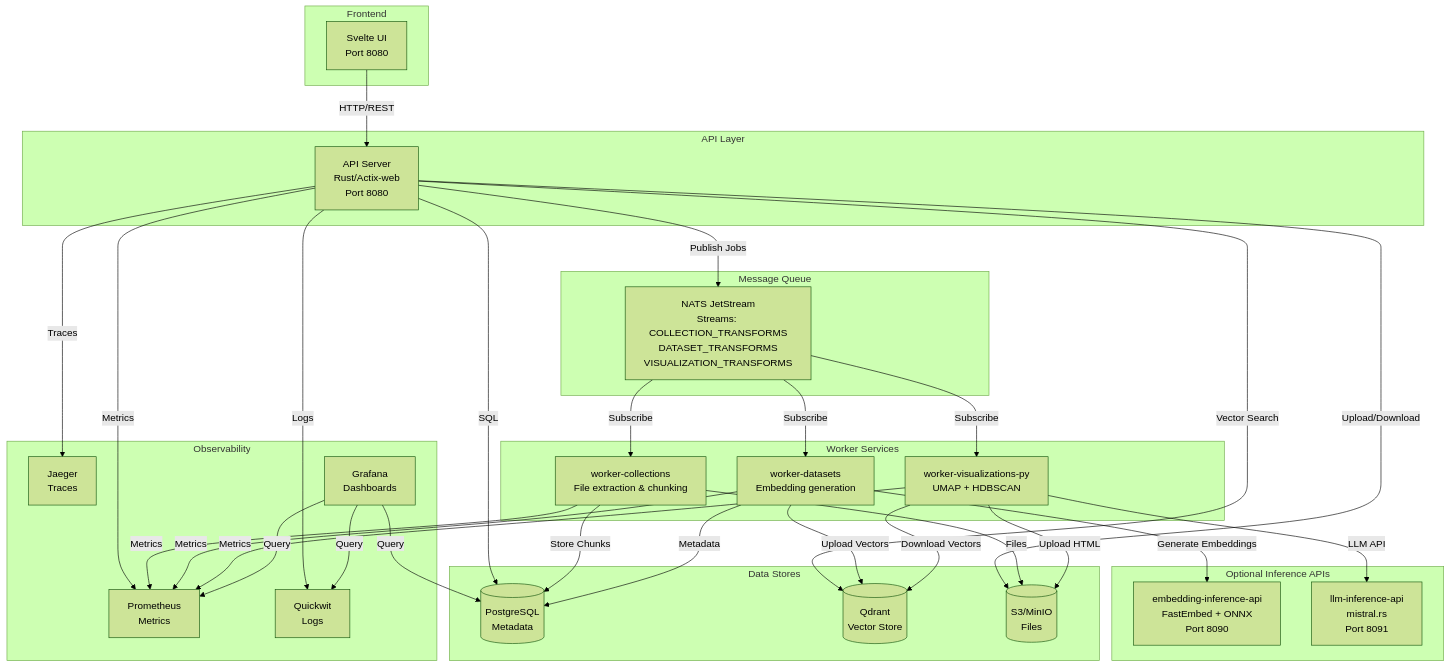
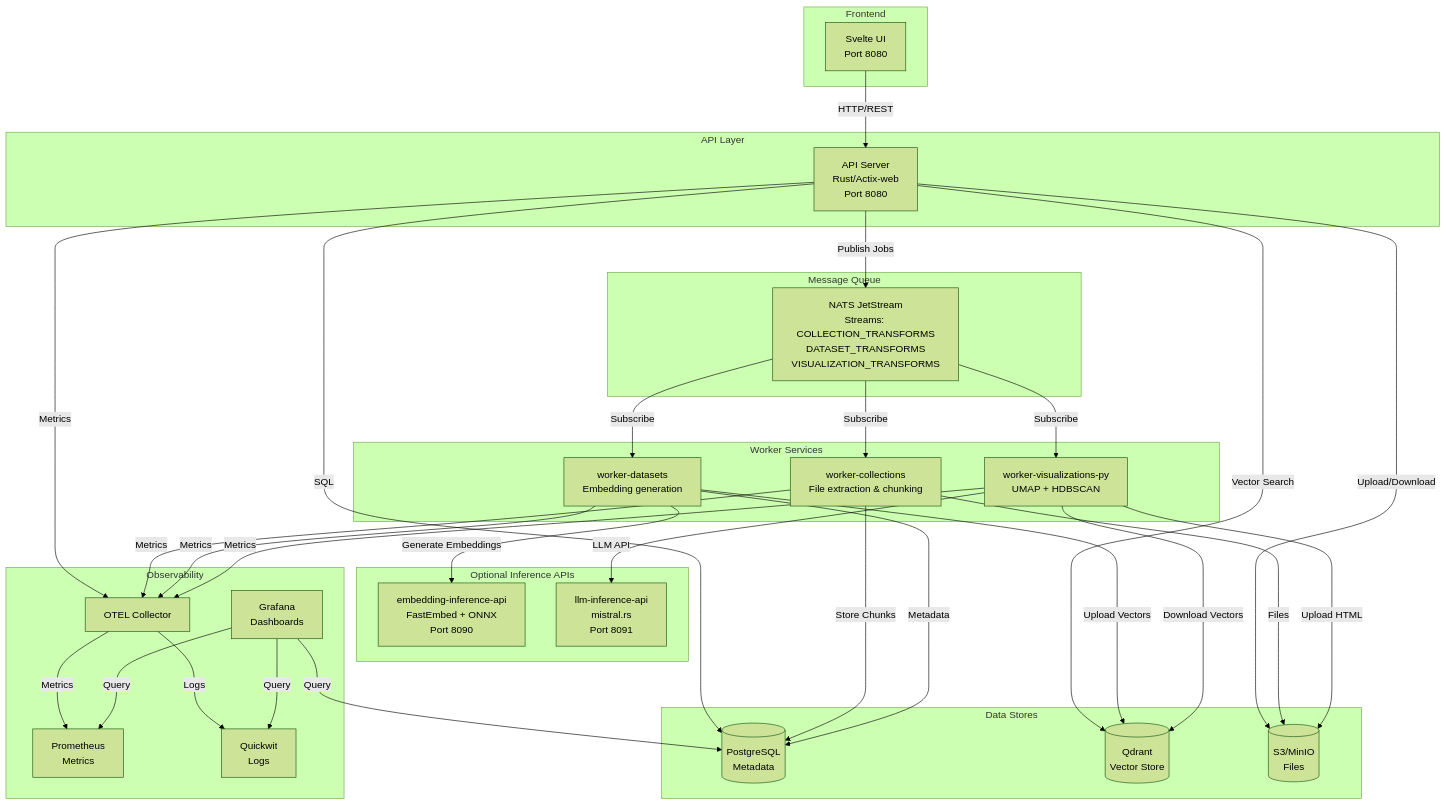
The first of 2 diagrams in README.md (FishySoftware/semantic-explorer), drawn with Mermaid (forest theme) before and after one commit. The commit also changed other lines of this file and 4 other files, not shown here.

````diff
--- a/README.md
+++ b/README.md
@@ -31,69 +30,68 @@
 ```mermaid
 graph TB
     subgraph "Frontend"
         UI[Svelte UI<br/>Port 8080]
     end
 
     subgraph "API Layer"
         API[API Server<br/>Rust/Actix-web<br/>Port 8080]
     end
 
     subgraph "Message Queue"
         NATS[NATS JetStream<br/>Streams: COLLECTION_TRANSFORMS<br/>DATASET_TRANSFORMS<br/>VISUALIZATION_TRANSFORMS]
     end
 
     subgraph "Worker Services"
         WC[worker-collections<br/>File extraction & chunking]
         WD[worker-datasets<br/>Embedding generation]
         WV[worker-visualizations-py<br/>UMAP + HDBSCAN]
     end
 
     subgraph "Optional Inference APIs"
         EMB[embedding-inference-api<br/>FastEmbed + ONNX<br/>Port 8090]
         LLM[llm-inference-api<br/>mistral.rs<br/>Port 8091]
     end
 
     subgraph "Data Stores"
         PG[(PostgreSQL<br/>Metadata)]
         QD[(Qdrant<br/>Vector Store)]
         S3[(S3/MinIO<br/>Files)]
     end
 
     subgraph "Observability"
         PROM[Prometheus<br/>Metrics]
-        JAEGER[Jaeger<br/>Traces]
         QUICK[Quickwit<br/>Logs]
         GRAF[Grafana<br/>Dashboards]
+        OTEL[OTEL Collector]
     end
 
     UI -->|HTTP/REST| API
     API -->|Publish Jobs| NATS
     NATS -->|Subscribe| WC
     NATS -->|Subscribe| WD
     NATS -->|Subscribe| WV
 
     API -->|SQL| PG
     API -->|Vector Search| QD
     API -->|Upload/Download| S3
 
     WC -->|Store Chunks| PG
     WC -->|Files| S3
     WD -->|Generate Embeddings| EMB
     WD -->|Upload Vectors| QD
     WD -->|Metadata| PG
     WV -->|Download Vectors| QD
     WV -->|Upload HTML| S3
     WV -->|LLM API| LLM
 
-    API -->|Metrics| PROM
-    WC -->|Metrics| PROM
-    WD -->|Metrics| PROM
-    WV -->|Metrics| PROM
+    API -->|Metrics| OTEL
+    WC -->|Metrics| OTEL
+    WD -->|Metrics| OTEL
+    WV -->|Metrics| OTEL
 
-    API -->|Traces| JAEGER
-    API -->|Logs| QUICK
-
+    OTEL -->|Metrics| PROM
+    OTEL -->|Logs| QUICK
     GRAF -->|Query| PROM
     GRAF -->|Query| QUICK
     GRAF -->|Query| PG
 ```
````
